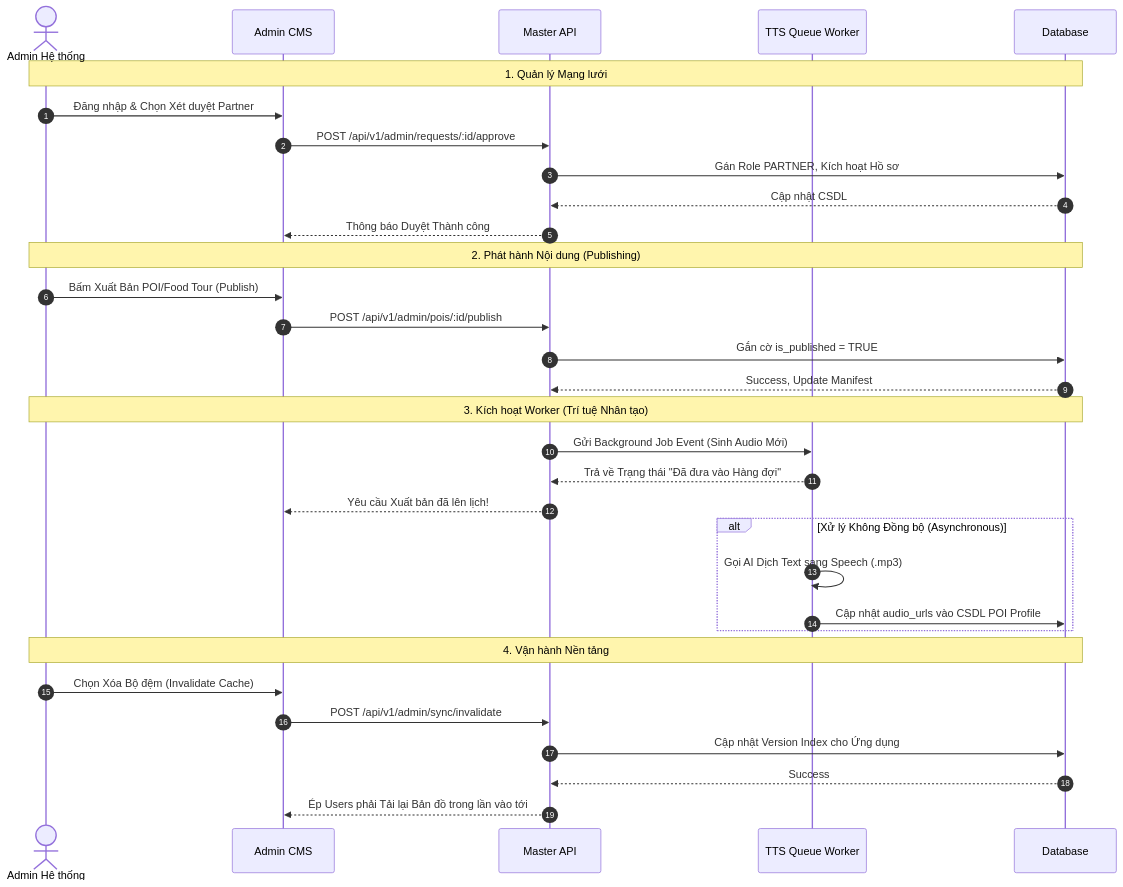
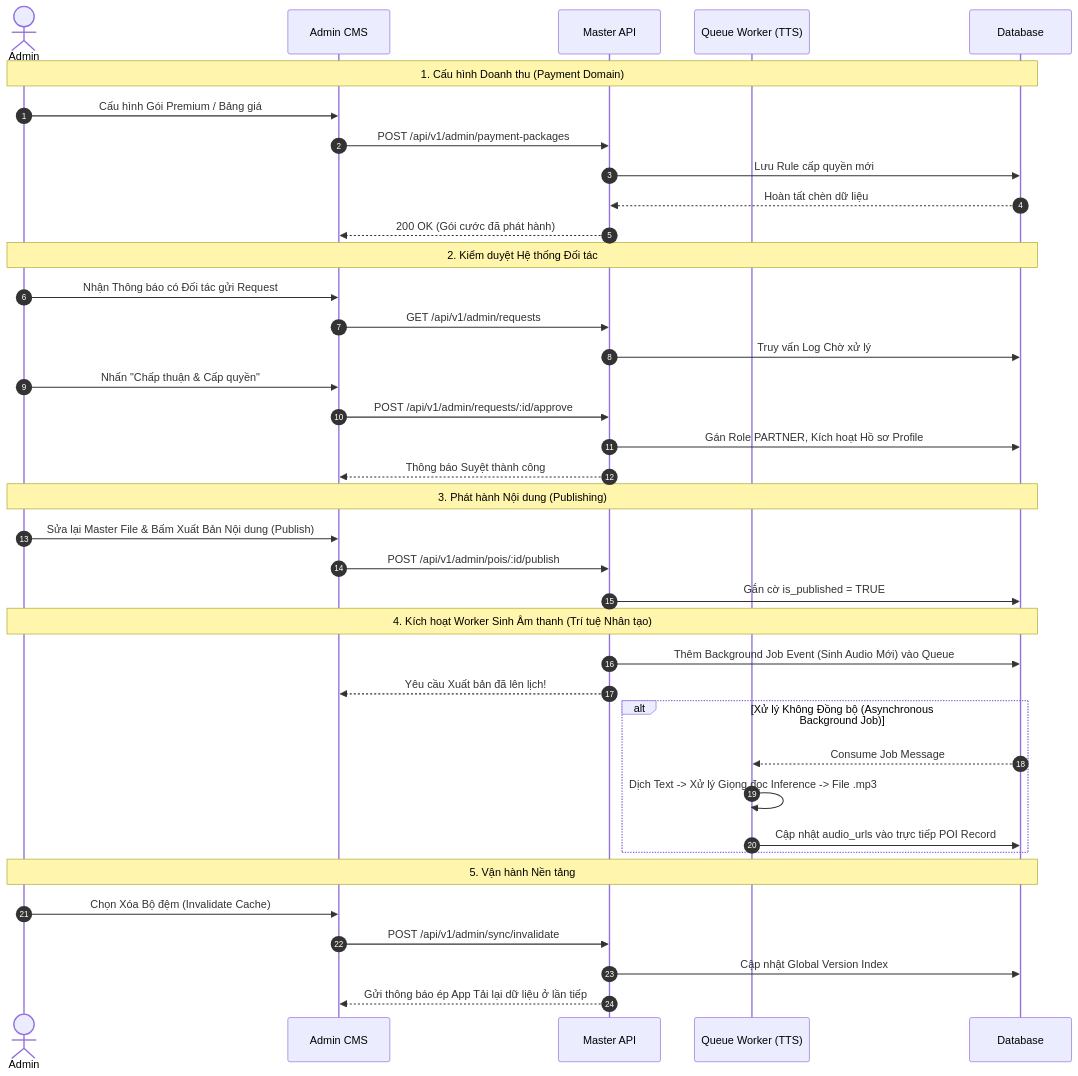
One commit to ngsouthbrother04/PhoAmThuc changed the third of 3 diagrams in docs/diagram-sequence.md. Above: the diagram before and after it, drawn with Mermaid. The commit also changed other lines of this file and 3 other files, not shown here.

Commit message:
adjust diagrams

````diff
--- a/docs/diagram-sequence.md
+++ b/docs/diagram-sequence.md
@@ -46,39 +101,46 @@
 ```mermaid
 sequenceDiagram
     autonumber
-    actor A as Admin Hệ thống
+    actor A as Admin
     participant CMS as Admin CMS
     participant Core as Master API
-    participant TTS as TTS Queue Worker
+    participant TTS as Queue Worker (TTS)
     participant DB as Database
 
-    Note over A,DB: 1. Quản lý Mạng lưới
-    A->>CMS: Đăng nhập & Chọn Xét duyệt Partner
+    Note over A,DB: 1. Cấu hình Doanh thu (Payment Domain)
+    A->>CMS: Cấu hình Gói Premium / Bảng giá
+    CMS->>Core: POST /api/v1/admin/payment-packages
+    Core->>DB: Lưu Rule cấp quyền mới
+    DB-->>Core: Hoàn tất chèn dữ liệu
+    Core-->>CMS: 200 OK (Gói cước đã phát hành)
+
+    Note over A,DB: 2. Kiểm duyệt Hệ thống Đối tác
+    A->>CMS: Nhận Thông báo có Đối tác gửi Request
+    CMS->>Core: GET /api/v1/admin/requests
+    Core->>DB: Truy vấn Log Chờ xử lý
+    A->>CMS: Nhấn "Chấp thuận & Cấp quyền"
     CMS->>Core: POST /api/v1/admin/requests/:id/approve
-    Core->>DB: Gán Role PARTNER, Kích hoạt Hồ sơ
-    DB-->>Core: Cập nhật CSDL
-    Core-->>CMS: Thông báo Duyệt Thành công
+    Core->>DB: Gán Role PARTNER, Kích hoạt Hồ sơ Profile
+    Core-->>CMS: Thông báo Suyệt thành công
 
-    Note over A,DB: 2. Phát hành Nội dung (Publishing)
-    A->>CMS: Bấm Xuất Bản POI/Food Tour (Publish)
+    Note over A,DB: 3. Phát hành Nội dung (Publishing)
+    A->>CMS: Sửa lại Master File & Bấm Xuất Bản Nội dung (Publish)
     CMS->>Core: POST /api/v1/admin/pois/:id/publish
     Core->>DB: Gắn cờ is_published = TRUE
-    DB-->>Core: Success, Update Manifest
     
-    Note over A,DB: 3. Kích hoạt Worker (Trí tuệ Nhân tạo)
-    Core->>TTS: Gửi Background Job Event (Sinh Audio Mới)
-    TTS-->>Core: Trả về Trạng thái "Đã đưa vào Hàng đợi"
+    Note over A,DB: 4. Kích hoạt Worker Sinh Âm thanh (Trí tuệ Nhân tạo)
+    Core->>DB: Thêm Background Job Event (Sinh Audio Mới) vào Queue
     Core-->>CMS: Yêu cầu Xuất bản đã lên lịch!
     
-    alt Xử lý Không Đồng bộ (Asynchronous)
-        TTS->>TTS: Gọi AI Dịch Text sang Speech (.mp3)
-        TTS->>DB: Cập nhật audio_urls vào CSDL POI Profile
+    alt Xử lý Không Đồng bộ (Asynchronous Background Job)
+        DB-->>TTS: Consume Job Message
+        TTS->>TTS: Dịch Text -> Xử lý Giọng đọc Inference -> File .mp3
+        TTS->>DB: Cập nhật audio_urls vào trực tiếp POI Record
     end
 
-    Note over A,DB: 4. Vận hành Nền tảng
+    Note over A,DB: 5. Vận hành Nền tảng
     A->>CMS: Chọn Xóa Bộ đệm (Invalidate Cache)
     CMS->>Core: POST /api/v1/admin/sync/invalidate
-    Core->>DB: Cập nhật Version Index cho Ứng dụng
-    DB-->>Core: Success
-    Core-->>CMS: Ép Users phải Tải lại Bản đồ trong lần vào tới
+    Core->>DB: Cập nhật Global Version Index
+    Core-->>CMS: Gửi thông báo ép App Tải lại dữ liệu ở lần tiếp
 ```
````
